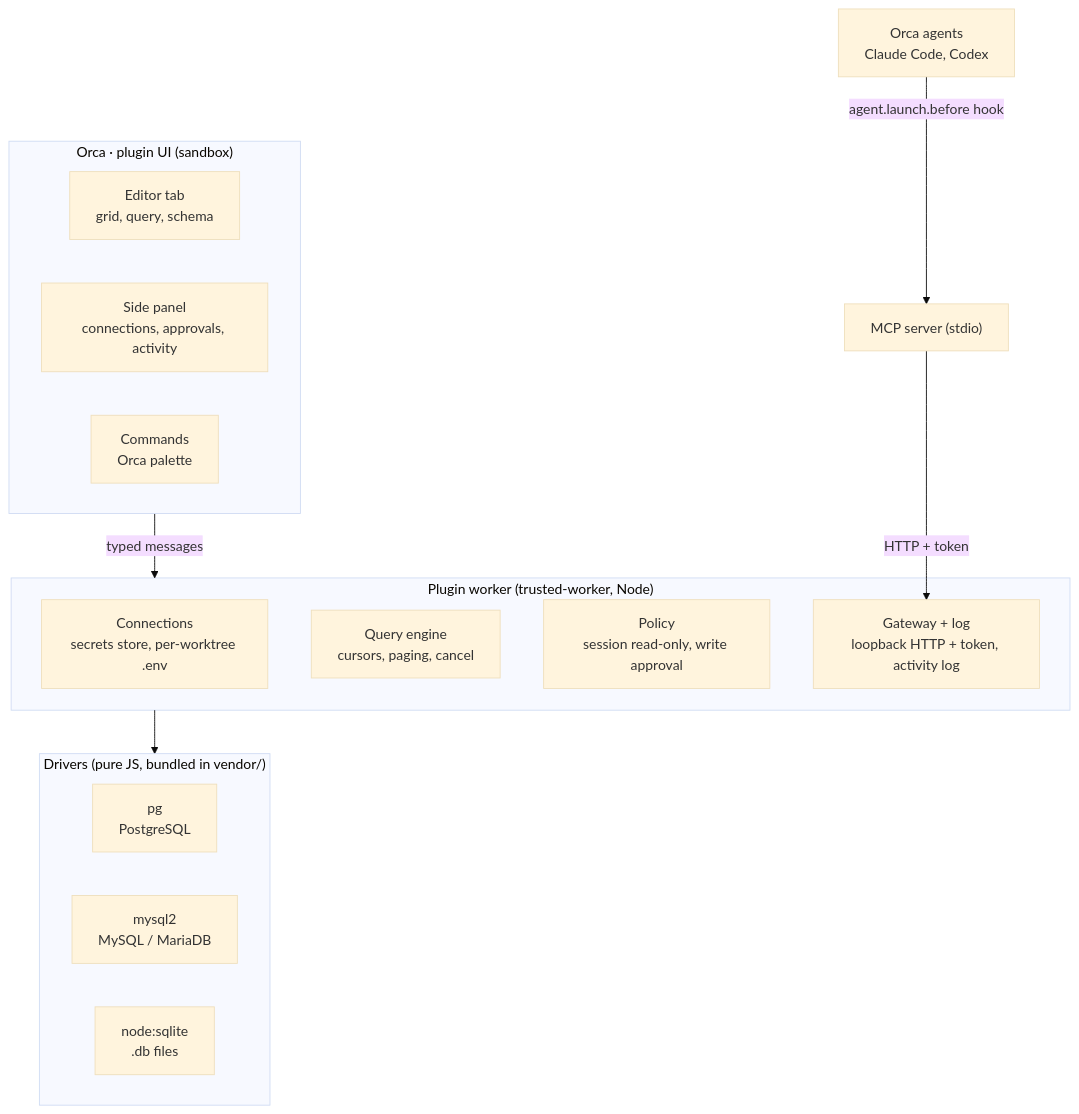
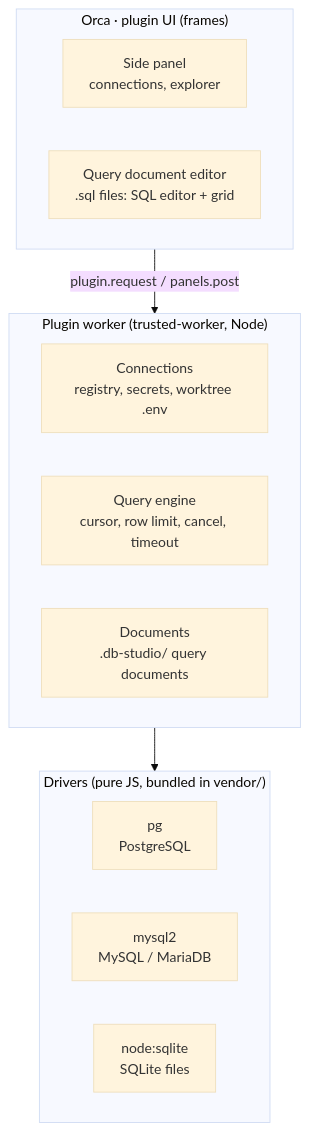
One commit to nwparker/orca-db-studio changed the diagram in docs/system-architecture.md. Above: the diagram before and after it, drawn with Mermaid (base theme). The commit also changed other lines of this file and 23 other files, not shown here.

First line of the commit message:
docs(prd): scope the PRD and architecture to an MVP (#2)

````diff
--- a/docs/system-architecture.md
+++ b/docs/system-architecture.md
@@ -9,26 +9,22 @@
 ```mermaid
 flowchart TB
-  subgraph UI["Orca · plugin UI (sandbox)"]
-    ED["Editor tab<br/>grid, query, schema"]
-    PN["Side panel<br/>connections, approvals, activity"]
-    CM["Commands<br/>Orca palette"]
+  subgraph UI["Orca · plugin UI (frames)"]
+    PN["Side panel<br/>connections, explorer"]
+    ED["Query document editor<br/>.sql files: SQL editor + grid"]
   end
 
   subgraph W["Plugin worker (trusted-worker, Node)"]
-    CO["Connections<br/>secrets store, per-worktree .env"]
-    QE["Query engine<br/>cursors, paging, cancel"]
-    PO["Policy<br/>session read-only, write approval"]
-    GW["Gateway + log<br/>loopback HTTP + token, activity log"]
+    CO["Connections<br/>registry, secrets, worktree .env"]
+    QE["Query engine<br/>cursor, row limit, cancel, timeout"]
+    DOC["Documents<br/>.db-studio/ query documents"]
   end
 
   subgraph D["Drivers (pure JS, bundled in vendor/)"]
     PG["pg<br/>PostgreSQL"]
     MY["mysql2<br/>MySQL / MariaDB"]
-    SQ["node:sqlite<br/>.db files"]
+    SQ["node:sqlite<br/>SQLite files"]
   end
 
-  AG["Orca agents<br/>Claude Code, Codex"] -- "agent.launch.before hook" --> MCP["MCP server (stdio)"]
-  MCP -- "HTTP + token" --> GW
-  UI -- "typed messages" --> W
+  UI -- "plugin.request / panels.post" --> W
   W --> D
 ```
````
